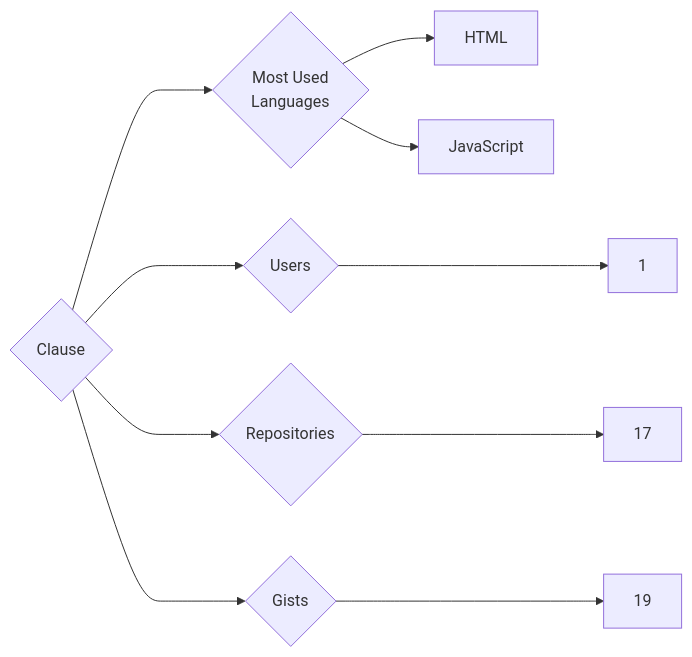
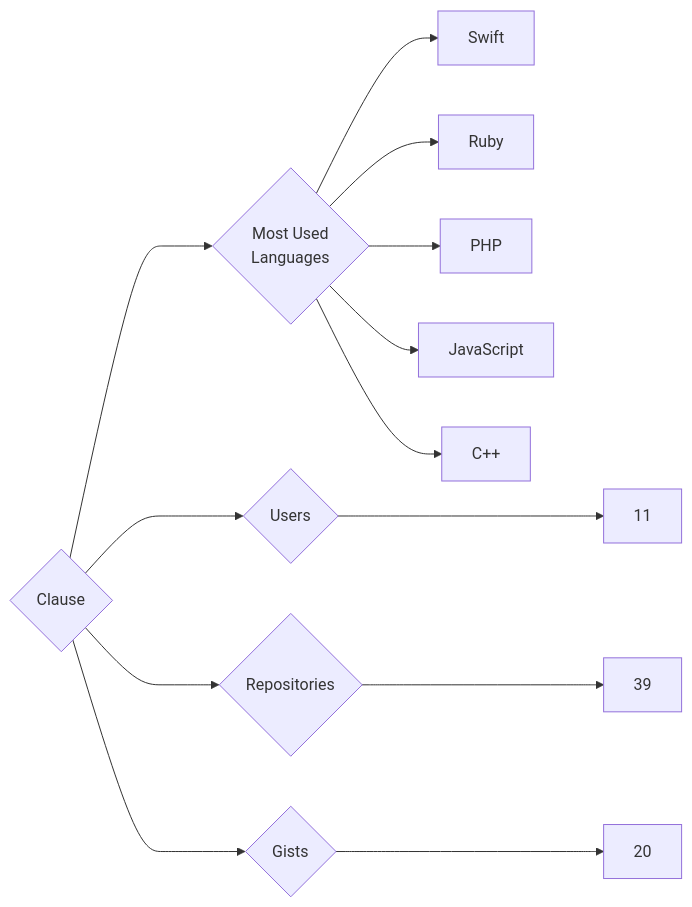
One commit to trickest/insiders changed the diagram in targets/Clause/README.md. Above: the diagram before and after it, drawn with Mermaid. The commit also changed 847 other files, not shown here.

````diff
--- a/targets/Clause/README.md
+++ b/targets/Clause/README.md
@@ -3,10 +3,13 @@
 ```mermaid
 graph LR
 COMPANY_NAME{Clause}
-COMPANY_NAME ---> U{Users} ---> UN[1]
-COMPANY_NAME ---> R{Repositories} ---> RN[17]
-COMPANY_NAME ---> G{Gists} ---> GN[19]
+COMPANY_NAME ---> U{Users} ---> UN[11]
+COMPANY_NAME ---> R{Repositories} ---> RN[39]
+COMPANY_NAME ---> G{Gists} ---> GN[20]
 COMPANY_NAME ---> ML{Most Used<br>Languages}
-ML --> HTML[HTML]
+ML --> Swift[Swift]
+ML --> Ruby[Ruby]
+ML --> PHP[PHP]
 ML --> JavaScript[JavaScript]
+ML --> C++[C++]
 ```
````
